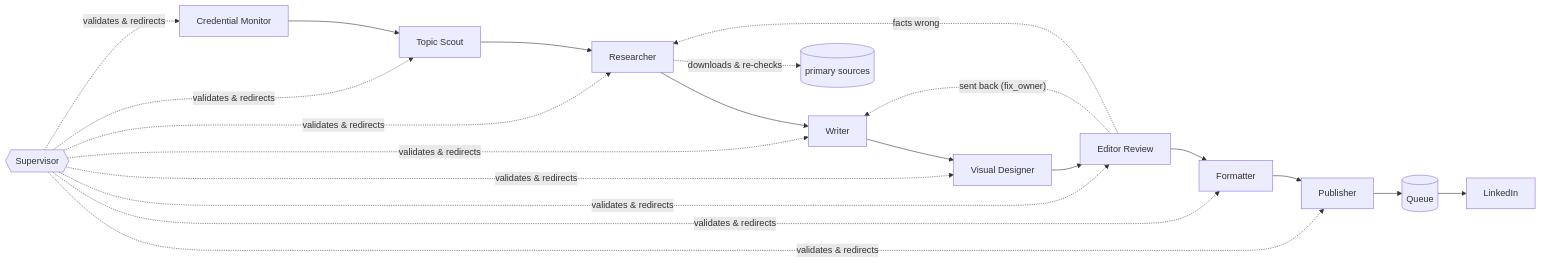
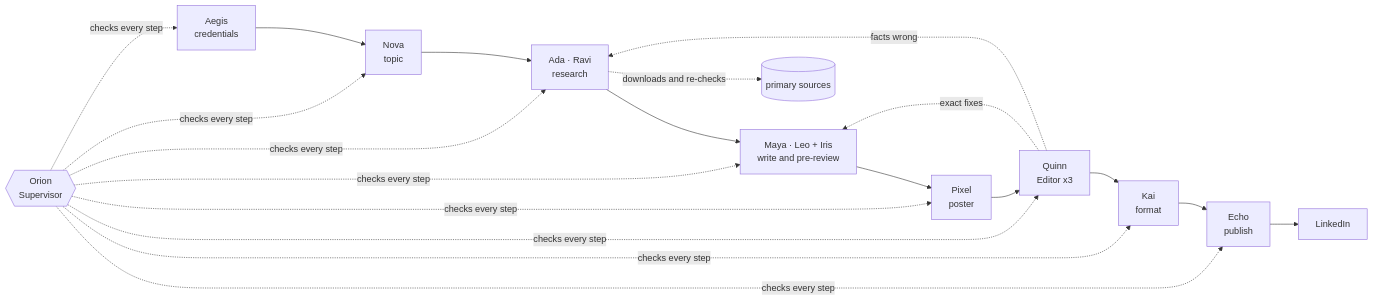
The diagram in README.md (sudip1205/social-postcrew), drawn with Mermaid before and after one commit. The commit also changed other lines of this file and 25 other files, not shown here.

````diff
--- a/README.md
+++ b/README.md
@@ -26,9 +52,9 @@
 ```mermaid
 flowchart LR
-    S{{Supervisor}} -.validates & redirects.-> C & T & R & W & M & E & F & P
-    C[Credential Monitor] --> T[Topic Scout] --> R[Researcher] --> W[Writer] --> M[Visual Designer] --> E[Editor Review] --> F[Formatter] --> P[Publisher]
-    E -. "sent back (fix_owner)" .-> W
-    E -. "facts wrong" .-> R
-    R -. downloads & re-checks .-> WEB[(primary sources)]
-    P --> Q[(Queue)] --> LI[LinkedIn]
+    O{{Orion<br/>Supervisor}} -.checks every step.-> A & N & R & W & P & Q & K & E
+    A[Aegis<br/>credentials] --> N[Nova<br/>topic] --> R[Ada · Ravi<br/>research] --> W[Maya · Leo + Iris<br/>write and pre-review] --> P[Pixel<br/>poster] --> Q[Quinn<br/>Editor x3] --> K[Kai<br/>format] --> E[Echo<br/>publish]
+    Q -. "exact fixes" .-> W
+    Q -. "facts wrong" .-> R
+    R -. downloads and re-checks .-> WEB[(primary sources)]
+    E --> LI[LinkedIn]
 ```
````
